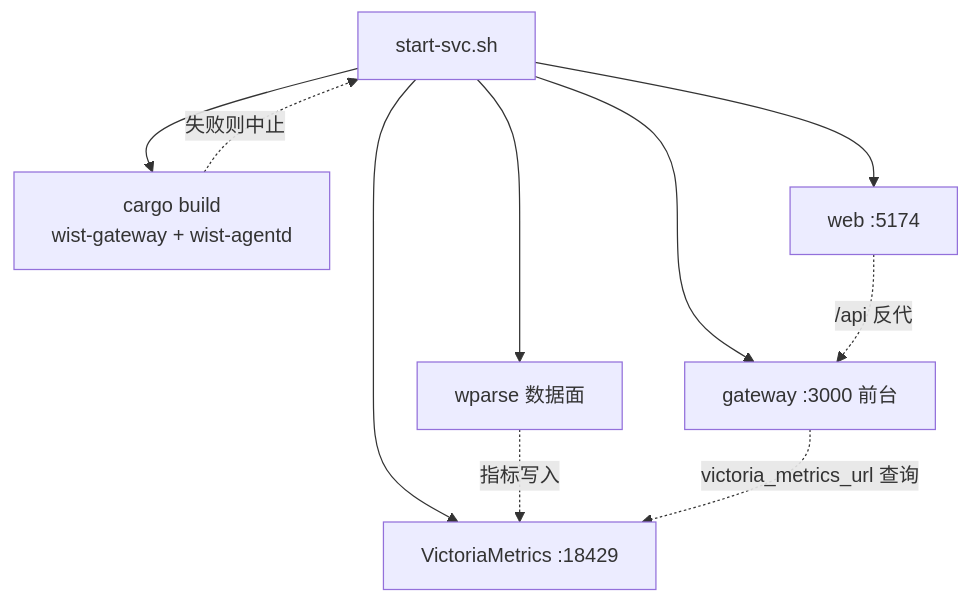
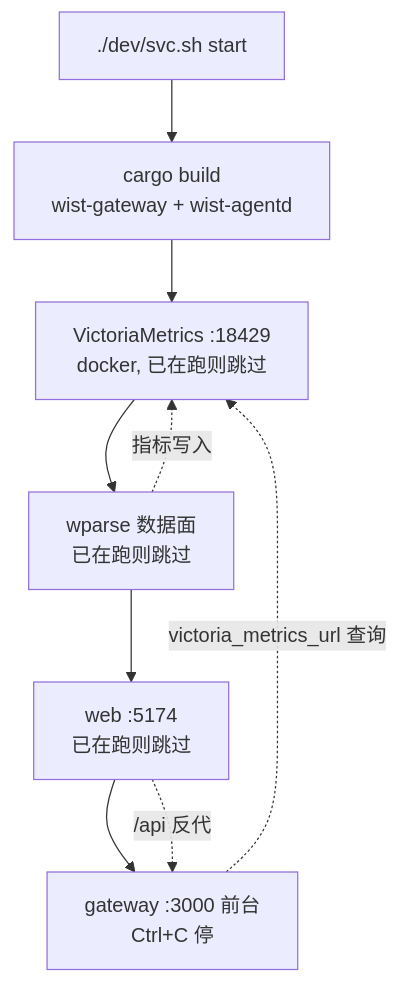
The diagram in dev/README.md (dayu-sec/wist-gateway-stack), drawn with Mermaid before and after one commit. The commit also changed other lines of this file and 15 other files, not shown here.

First line of the commit message:
dev: 9 个起停脚本合并为单一入口 svc.sh（起/停/看一处定义）

````diff
--- a/dev/README.md
+++ b/dev/README.md
@@ -110,12 +102,11 @@
 ```mermaid
 graph TD
-    SVC[start-svc.sh] --> BUILD[cargo build<br/>wist-gateway + wist-agentd]
-    SVC --> VM[VictoriaMetrics :18429]
-    SVC --> WP[wparse 数据面]
-    SVC --> WEB[web :5174]
-    SVC --> GW[gateway :3000 前台]
-    BUILD -. 失败则中止 .-> SVC
+    SVC["./dev/svc.sh start"] --> BUILD["cargo build<br/>wist-gateway + wist-agentd"]
+    BUILD --> VM["VictoriaMetrics :18429<br/>docker, 已在跑则跳过"]
+    VM --> WP["wparse 数据面<br/>已在跑则跳过"]
+    WP --> WEB["web :5174<br/>已在跑则跳过"]
+    WEB --> GW["gateway :3000 前台<br/>Ctrl+C 停"]
     WP -. 指标写入 .-> VM
     WEB -. /api 反代 .-> GW
     GW -. victoria_metrics_url 查询 .-> VM
 ```
````
